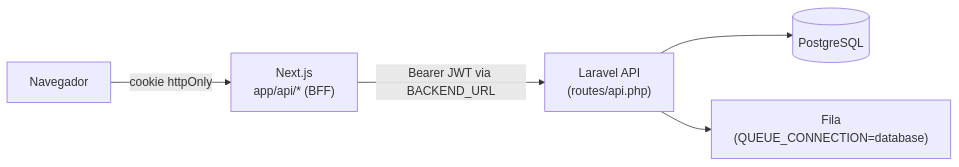
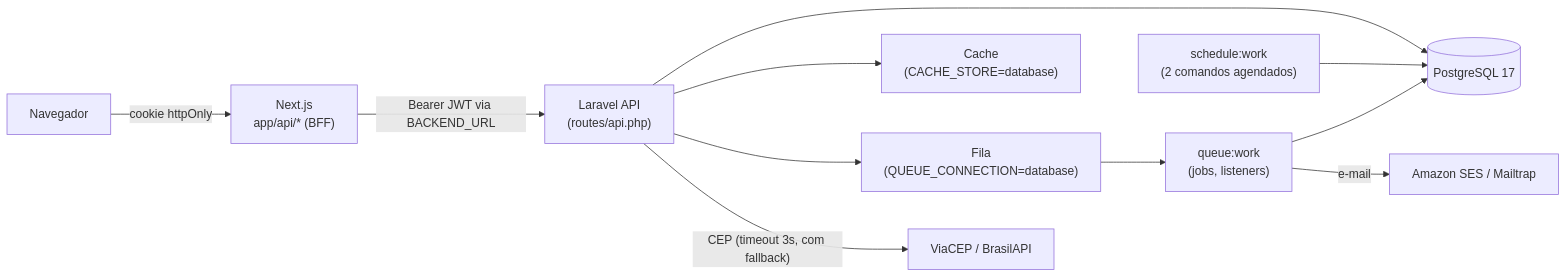
One commit to caiotzu/laravel-next-starter changed the diagram in docs/arquitetura.md. Above: the diagram before and after it, drawn with Mermaid. The commit also changed other lines of this file and 11 other files, not shown here.

````diff
--- a/docs/arquitetura.md
+++ b/docs/arquitetura.md
@@ -5,7 +5,13 @@
 ```mermaid
 flowchart LR
     Browser["Navegador"] -->|"cookie httpOnly"| BFF["Next.js\napp/api/* (BFF)"]
     BFF -->|"Bearer JWT via BACKEND_URL"| API["Laravel API\n(routes/api.php)"]
-    API --> DB[("PostgreSQL")]
+    API --> DB[("PostgreSQL 17")]
+    API --> Cache["Cache\n(CACHE_STORE=database)"]
     API --> Queue["Fila\n(QUEUE_CONNECTION=database)"]
+    Queue --> Worker["queue:work\n(jobs, listeners)"]
+    Worker --> DB
+    Sched["schedule:work\n(2 comandos agendados)"] --> DB
+    API -->|"CEP (timeout 3s, com fallback)"| CEP["ViaCEP / BrasilAPI"]
+    Worker -->|"e-mail"| Mail["Amazon SES / Mailtrap"]
 ```
````
